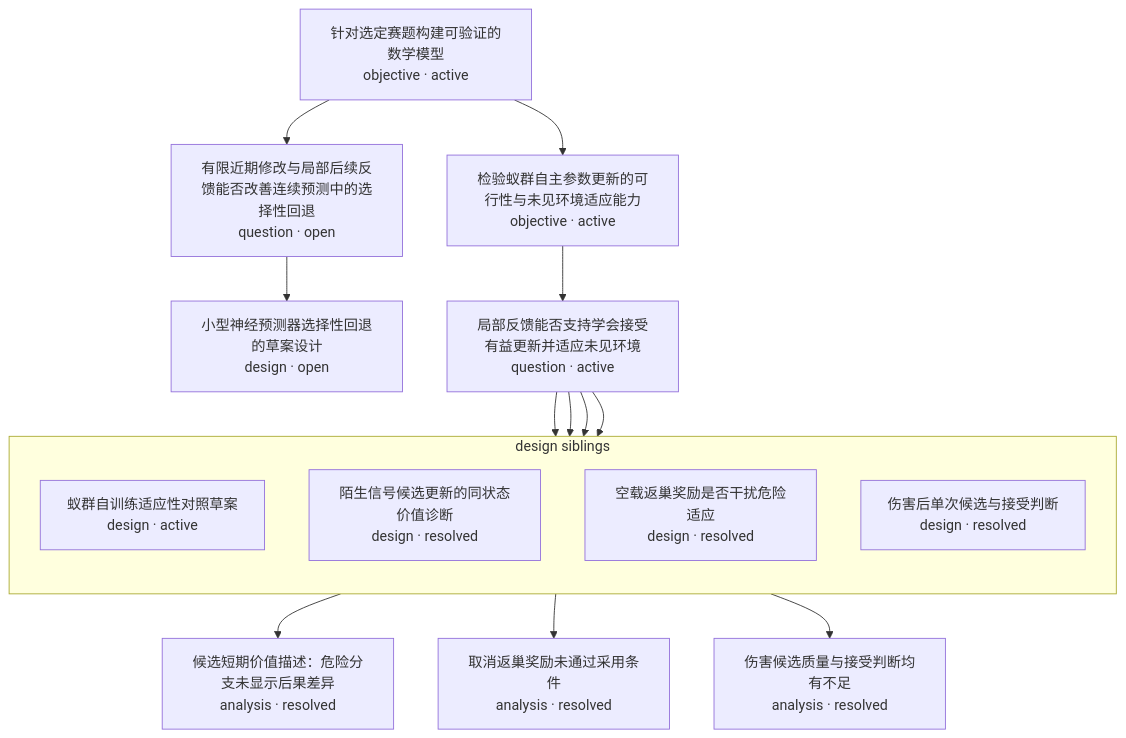
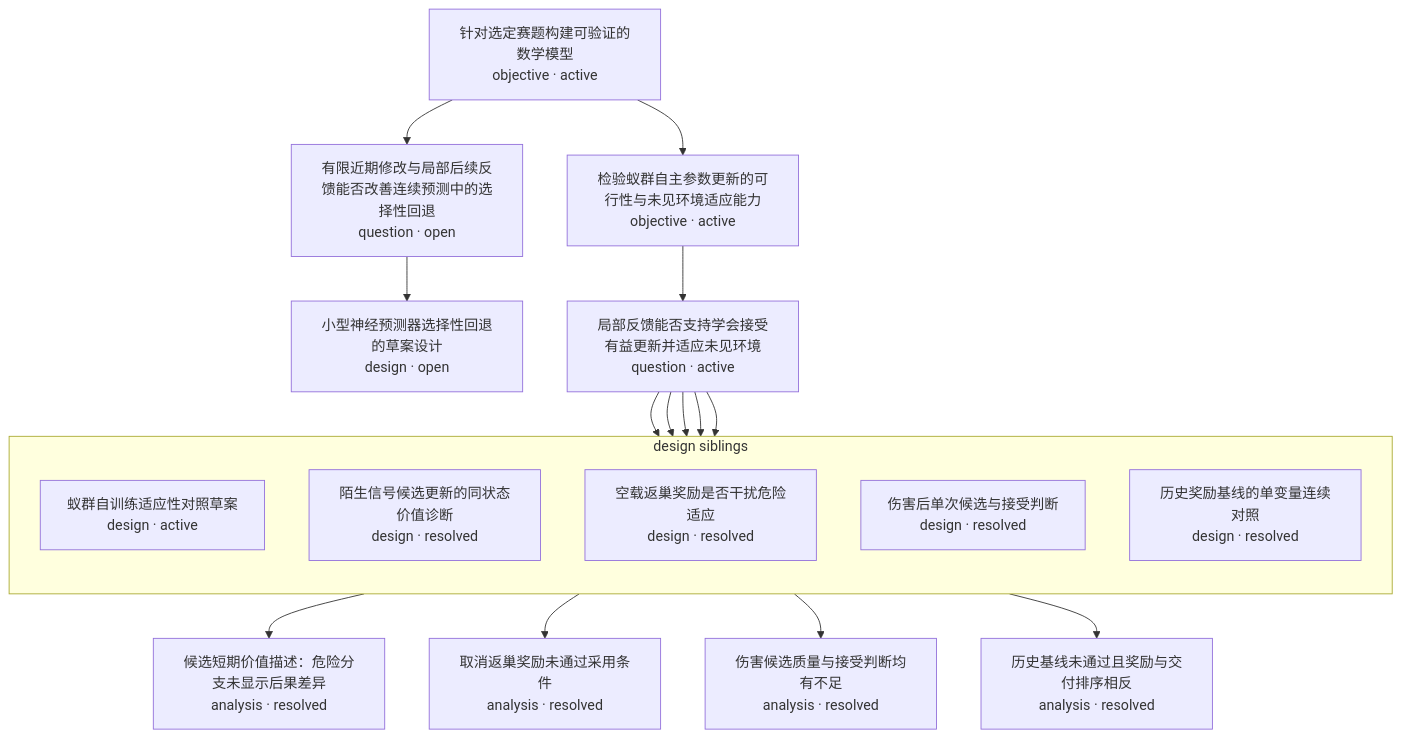
The diagram in research-tree/README.md (Akira-TL/Antomony), drawn with Mermaid before and after one commit. The commit also changed other lines of this file and 9 other files, not shown here.

````diff
--- a/research-tree/README.md
+++ b/research-tree/README.md
@@ -5,29 +5,33 @@
 ```mermaid
 flowchart TD
     N1["针对选定赛题构建可验证的数学模型<br/>objective · active"]
     N2["有限近期修改与局部后续反馈能否改善连续预测中的选择性回退<br/>question · open"]
     N3["小型神经预测器选择性回退的草案设计<br/>design · open"]
     N4["检验蚁群自主参数更新的可行性与未见环境适应能力<br/>objective · active"]
     N5["局部反馈能否支持学会接受有益更新并适应未见环境<br/>question · active"]
     N8["候选短期价值描述：危险分支未显示后果差异<br/>analysis · resolved"]
     N10["取消返巢奖励未通过采用条件<br/>analysis · resolved"]
     N12["伤害候选质量与接受判断均有不足<br/>analysis · resolved"]
+    N14["历史基线未通过且奖励与交付排序相反<br/>analysis · resolved"]
     subgraph G5_design["design siblings"]
         direction TB
         N6["蚁群自训练适应性对照草案<br/>design · active"]
         N7["陌生信号候选更新的同状态价值诊断<br/>design · resolved"]
         N9["空载返巢奖励是否干扰危险适应<br/>design · resolved"]
         N11["伤害后单次候选与接受判断<br/>design · resolved"]
+        N13["历史奖励基线的单变量连续对照<br/>design · resolved"]
     end
     N1 --> N2
     N2 --> N3
     N1 --> N4
     N4 --> N5
     N5 --> N6
     N5 --> N7
     N7 --> N8
     N5 --> N9
     N9 --> N10
     N5 --> N11
     N11 --> N12
+    N5 --> N13
+    N13 --> N14
 ```
````
